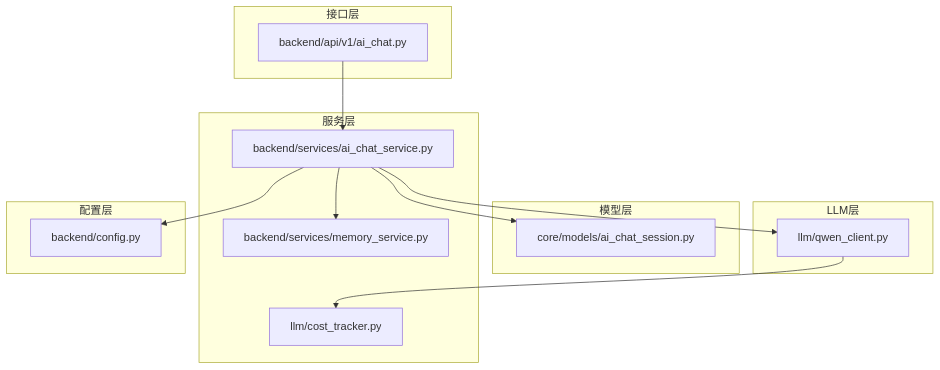
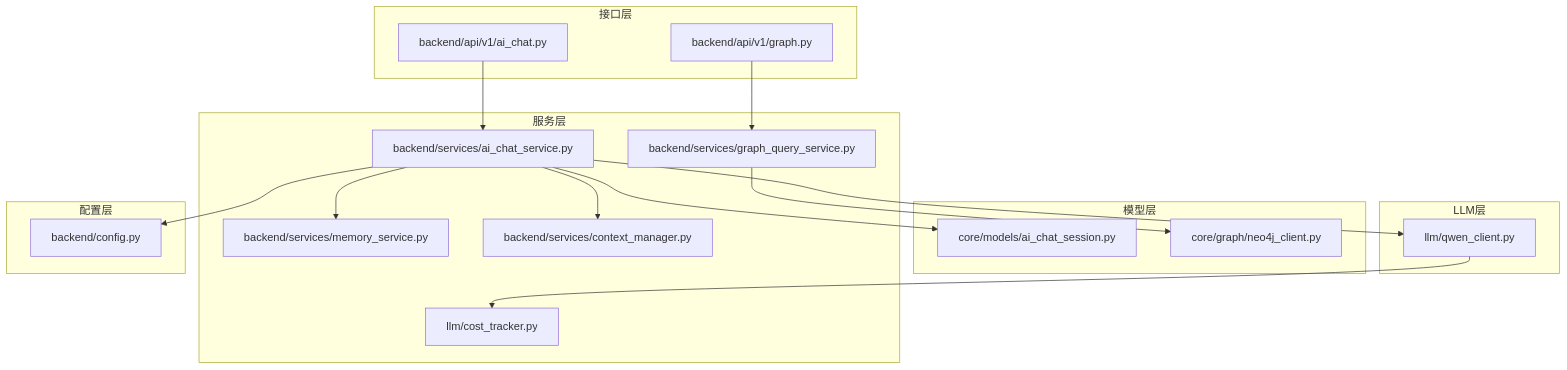
Diagram 25 of 25 in .qoder/repowiki/zh/content/Ai Chat Service.md (xfbyxq/ai-novel-system), drawn with Mermaid before and after one commit. The commit also changed other lines of this file and 19 other files, not shown here.

First line of the commit message:
feat(graph): 新增图数据库完整支持与AI聊天集成

````diff
--- a/.qoder/repowiki/zh/content/Ai Chat Service.md
+++ b/.qoder/repowiki/zh/content/Ai Chat Service.md
@@ -659,26 +1001,33 @@
 ```mermaid
 graph TD
 subgraph "接口层"
 API[backend/api/v1/ai_chat.py]
+GraphAPI[backend/api/v1/graph.py]
 end
 subgraph "服务层"
 Service[backend/services/ai_chat_service.py]
 Memory[backend/services/memory_service.py]
+Context[backend/services/context_manager.py]
+GraphService[backend/services/graph_query_service.py]
 Cost[llm/cost_tracker.py]
 end
 subgraph "模型层"
 Models[core/models/ai_chat_session.py]
+Neo4jClient[core/graph/neo4j_client.py]
 end
 subgraph "LLM层"
 Qwen[llm/qwen_client.py]
 end
 subgraph "配置层"
 Config[backend/config.py]
 end
 API --> Service
+GraphAPI --> GraphService
 Service --> Memory
+Service --> Context
 Service --> Qwen
 Service --> Models
 Service --> Config
+GraphService --> Neo4jClient
 Qwen --> Cost
 ```
````
